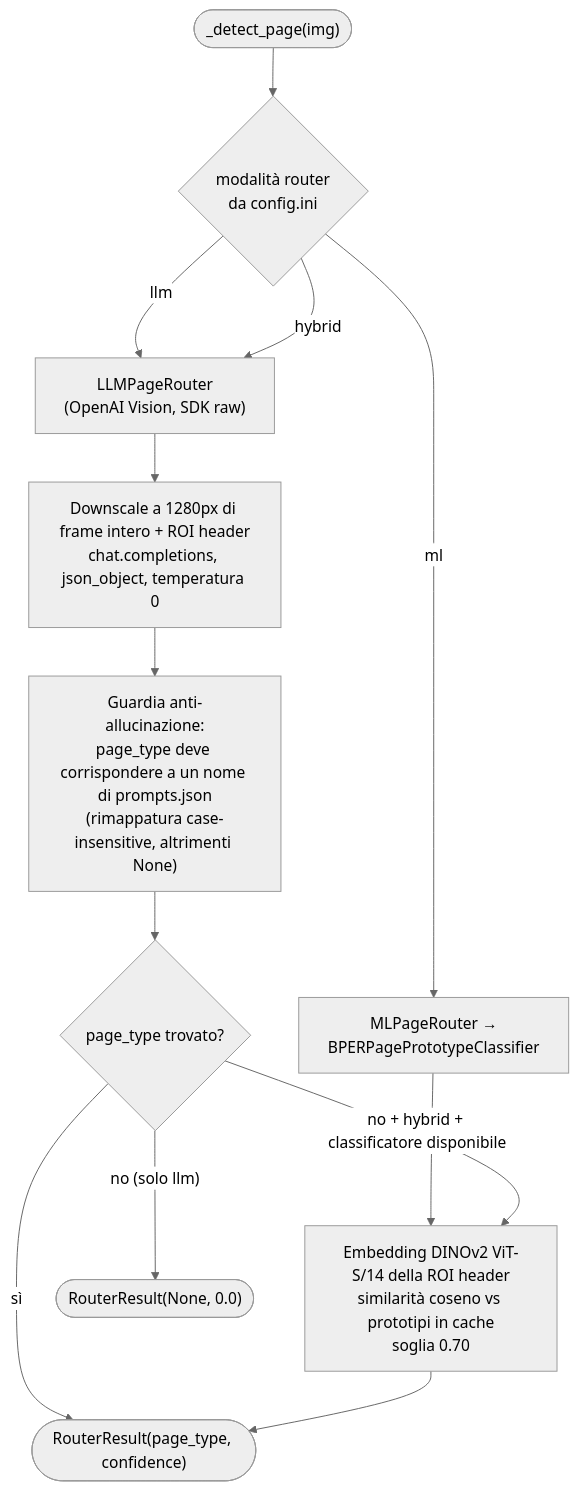
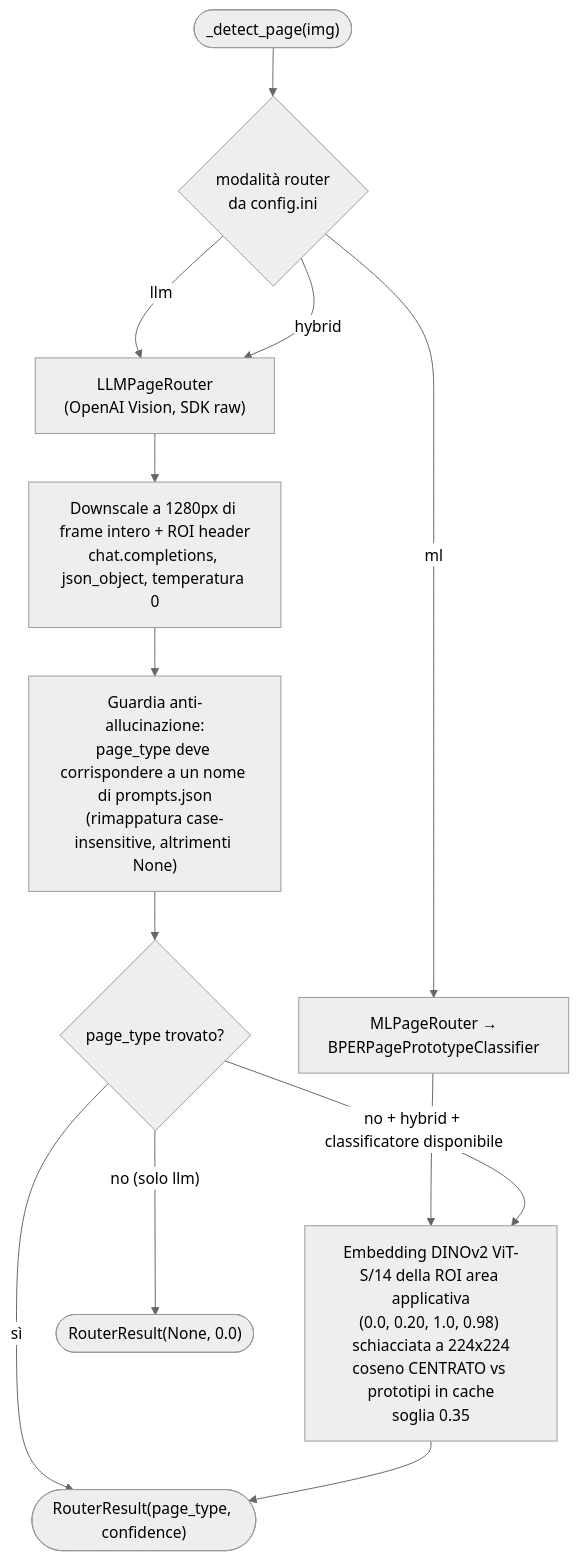
The seventh of 7 diagrams in docs/05-workflows.md (acaprino/MOL-BPER-OCR), drawn with Mermaid (neutral theme) before and after one commit. The commit also changed other lines of this file and 31 other files, not shown here.

````diff
--- a/docs/05-workflows.md
+++ b/docs/05-workflows.md
@@ -287,15 +287,15 @@
 ```mermaid
 flowchart TD
     Start(["_detect_page(img)"]) --> Mode{"modalità router<br/>da config.ini"}
     Mode -->|ml| ML["MLPageRouter →<br/>BPERPagePrototypeClassifier"]
     Mode -->|llm| LLM["LLMPageRouter<br/>(OpenAI Vision, SDK raw)"]
     Mode -->|hybrid| LLM
-    ML --> MLClass["Embedding DINOv2 ViT-S/14 della ROI header<br/>similarità coseno vs prototipi in cache<br/>soglia 0.70"]
+    ML --> MLClass["Embedding DINOv2 ViT-S/14 della ROI area applicativa<br/>(0.0, 0.20, 1.0, 0.98) schiacciata a 224x224<br/>coseno CENTRATO vs prototipi in cache<br/>soglia 0.35"]
     LLM --> LLMCall["Downscale a 1280px di frame intero + ROI header<br/>chat.completions, json_object, temperatura 0"]
     LLMCall --> Validate["Guardia anti-allucinazione:<br/>page_type deve corrispondere a un nome di prompts.json<br/>(rimappatura case-insensitive, altrimenti None)"]
     Validate --> Res{"page_type trovato?"}
     Res -->|sì| Return(["RouterResult(page_type, confidence)"])
     Res -->|"no + hybrid + classificatore disponibile"| MLClass
     Res -->|"no (solo llm)"| Null(["RouterResult(None, 0.0)"])
     MLClass --> Return
 ```
````
